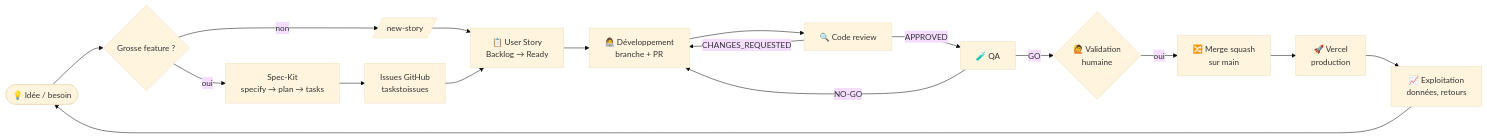
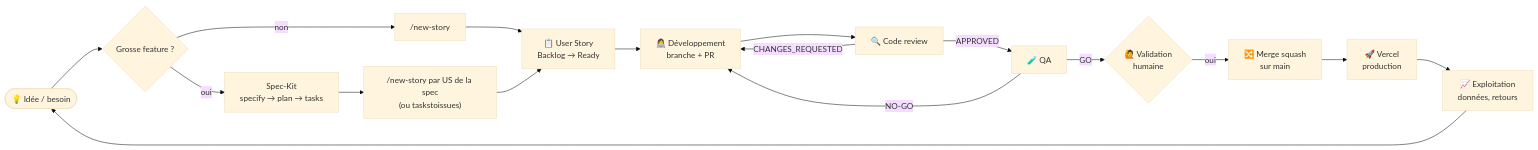
One commit to mehdisebei-debug/KIDS-APP changed the first of 12 diagrams in docs/SDLC.md. Above: the diagram before and after it, drawn with Mermaid (base theme). The commit also changed other lines of this file, not shown here.

First line of the commit message:
chore: complète la doc SDLC (parcours en commandes + détail Spec-Kit) (#20)

````diff
--- a/docs/SDLC.md
+++ b/docs/SDLC.md
@@ -41,19 +42,19 @@
 ```mermaid
 flowchart LR
     A([💡 Idée / besoin]) --> B{Grosse feature ?}
     B -- oui --> C[Spec-Kit<br/>specify → plan → tasks]
-    B -- non --> D[/new-story/]
-    C --> D2[Issues GitHub<br/>taskstoissues]
+    B -- non --> D["/new-story"]
+    C --> D2["/new-story par US de la spec<br/>(ou taskstoissues)"]
     D --> E[📋 User Story<br/>Backlog → Ready]
     D2 --> E
     E --> F[👩‍💻 Développement<br/>branche + PR]
     F --> G[🔍 Code review]
     G -- CHANGES_REQUESTED --> F
     G -- APPROVED --> H[🧪 QA]
     H -- NO-GO --> F
     H -- GO --> I{🙋 Validation<br/>humaine}
     I -- oui --> J[🔀 Merge squash<br/>sur main]
     J --> K[🚀 Vercel<br/>production]
     K --> L[📈 Exploitation<br/>données, retours]
     L --> A
 ```
````
